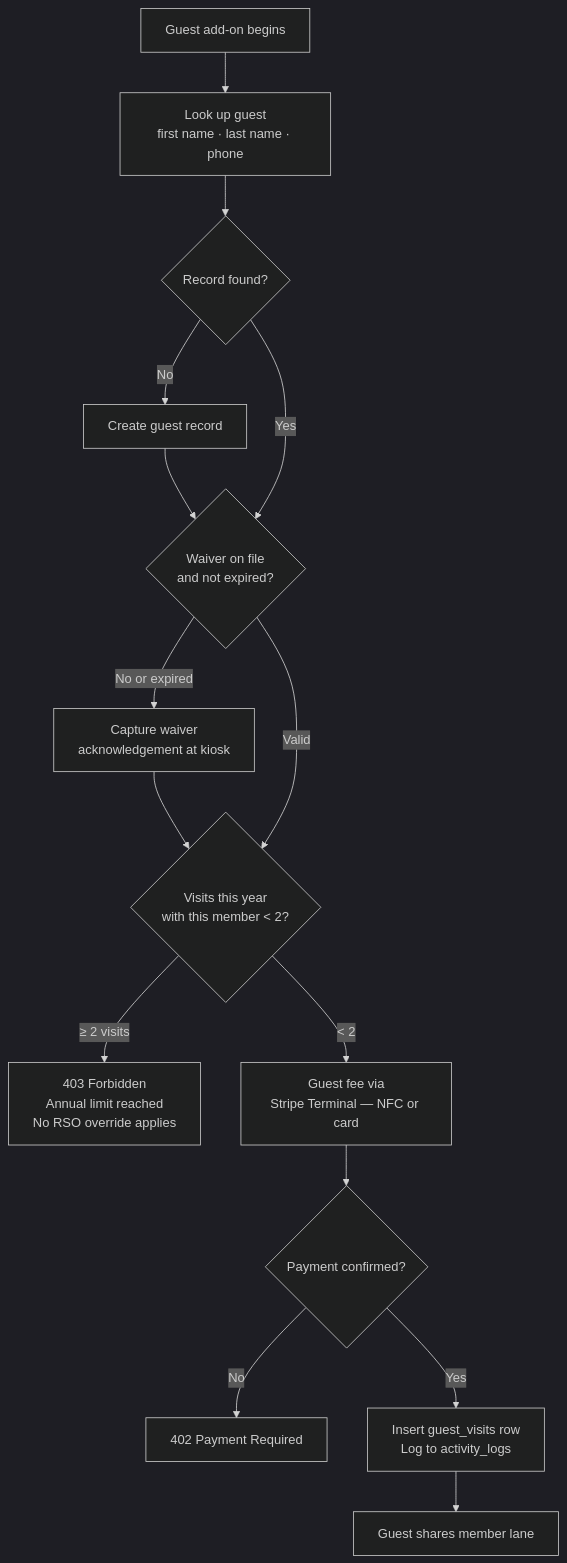
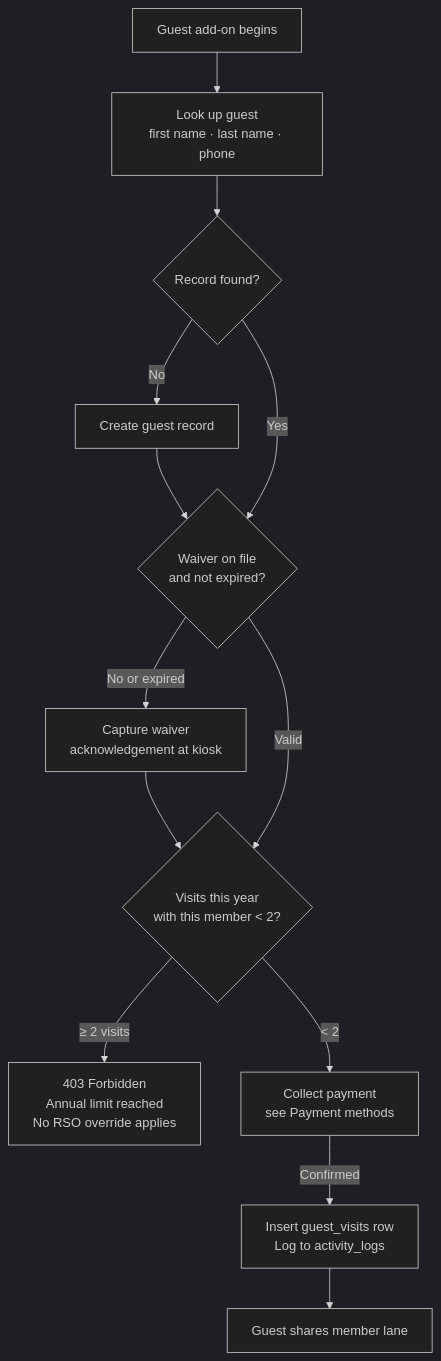
One commit to vrwmiller/outdoorsportsclub changed the fourth of 7 diagrams in docs/design.md. Above: the diagram before and after it, drawn with Mermaid (dark theme). The commit also changed other lines of this file, not shown here.

Commit message:
docs: add Cash, NFC, and Card kiosk payment methods; document online dues payment

````diff
--- a/docs/design.md
+++ b/docs/design.md
@@ -155,28 +155,24 @@
 ```mermaid
 flowchart TD
     START["Guest add-on begins"]
     LOOKUP["Look up guest<br/>first name · last name · phone"]
     FOUND{"Record found?"}
     CREATE["Create guest record"]
     WAIVER_CHK{"Waiver on file<br/>and not expired?"}
     WAIVER_CAP["Capture waiver<br/>acknowledgement at kiosk"]
     LIMIT_CHK{"Visits this year<br/>with this member < 2?"}
     HARD_BLOCK["403 Forbidden<br/>Annual limit reached<br/>No RSO override applies"]
-    PAYMENT["Guest fee via<br/>Stripe Terminal — NFC or card"]
-    PAY_OK{"Payment confirmed?"}
-    PAY_FAIL["402 Payment Required"]
+    PAYMENT["Collect payment<br/>see Payment methods"]
     INSERT["Insert guest_visits row<br/>Log to activity_logs"]
     DONE["Guest shares member lane"]
 
     START --> LOOKUP
     LOOKUP --> FOUND
     FOUND -->|No| CREATE --> WAIVER_CHK
     FOUND -->|Yes| WAIVER_CHK
     WAIVER_CHK -->|No or expired| WAIVER_CAP --> LIMIT_CHK
     WAIVER_CHK -->|Valid| LIMIT_CHK
     LIMIT_CHK -->|≥ 2 visits| HARD_BLOCK
     LIMIT_CHK -->|< 2| PAYMENT
-    PAYMENT --> PAY_OK
-    PAY_OK -->|No| PAY_FAIL
-    PAY_OK -->|Yes| INSERT --> DONE
+    PAYMENT -->|Confirmed| INSERT --> DONE
 ```
````
